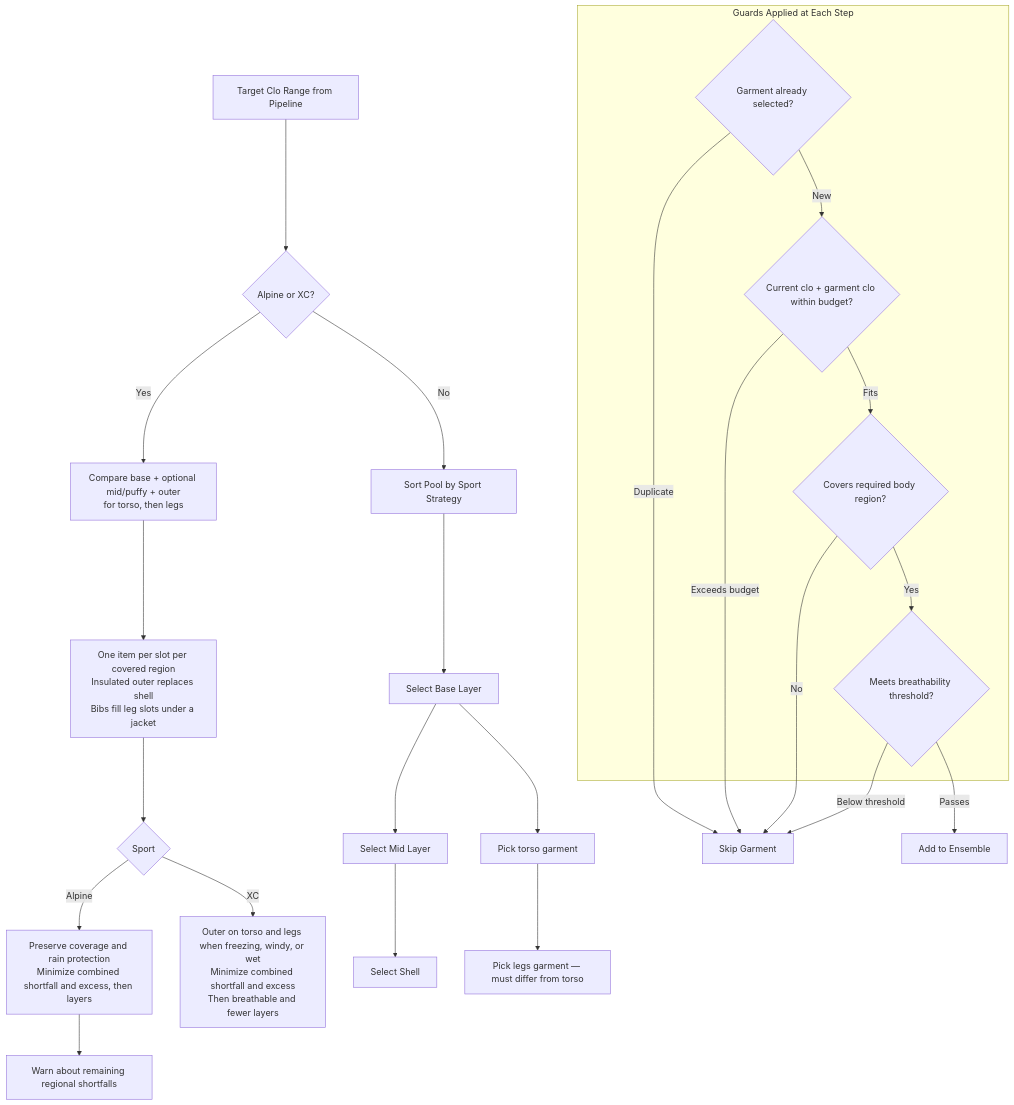
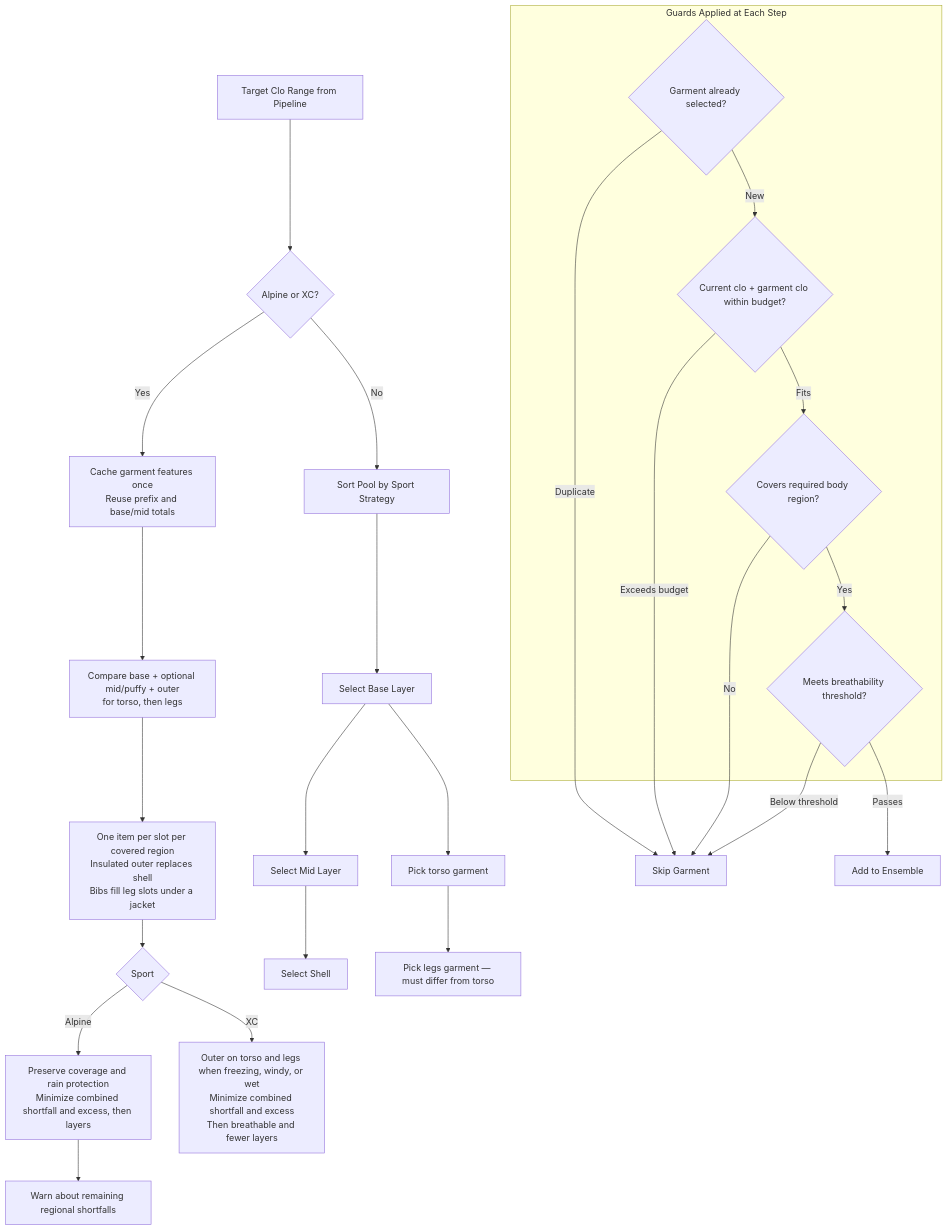
One commit to derobertsw/swttr changed the third of 7 diagrams in README.md. Above: the diagram before and after it, drawn with Mermaid. The commit also changed other lines of this file and 8 other files, not shown here.

Commit message:
Cache regional outfit features and partial sums for alpine and XC

````diff
--- a/README.md
+++ b/README.md
@@ -128,33 +128,34 @@
 ```mermaid
 graph TD
     START[Target Clo Range from Pipeline] --> SPORT{Alpine or XC?}
-    SPORT -->|Yes| COMB[Compare base + optional mid/puffy + outer<br/>for torso, then legs]
+    SPORT -->|Yes| CACHE[Cache garment features once<br/>Reuse prefix and base/mid totals]
+    CACHE --> COMB[Compare base + optional mid/puffy + outer<br/>for torso, then legs]
     COMB --> CAP[One item per slot per covered region<br/>Insulated outer replaces shell<br/>Bibs fill leg slots under a jacket]
     CAP --> RANK{Sport}
     RANK -->|Alpine| REG[Preserve coverage and rain protection<br/>Minimize combined shortfall and excess, then layers]
     REG --> WARN[Warn about remaining regional shortfalls]
     RANK -->|XC| XREG[Outer on torso and legs when freezing, windy, or wet<br/>Minimize combined shortfall and excess<br/>Then breathable and fewer layers]
     SPORT -->|No| SORT[Sort Pool by Sport Strategy]
     SORT --> BASE[Select Base Layer]
     BASE --> MID[Select Mid Layer]
     MID --> SHELL[Select Shell]
 
     BASE --> T1[Pick torso garment]
     T1 --> L1[Pick legs garment — must differ from torso]
 
     subgraph "Guards Applied at Each Step"
         G1{Garment already selected?}
         G2{Current clo + garment clo within budget?}
         G3{Covers required body region?}
         G4{Meets breathability threshold?}
     end
 
     G1 -->|Duplicate| SKIP[Skip Garment]
     G1 -->|New| G2
     G2 -->|Exceeds budget| SKIP
     G2 -->|Fits| G3
     G3 -->|No| SKIP
     G3 -->|Yes| G4
     G4 -->|Below threshold| SKIP
     G4 -->|Passes| ADD[Add to Ensemble]
 ```
````
